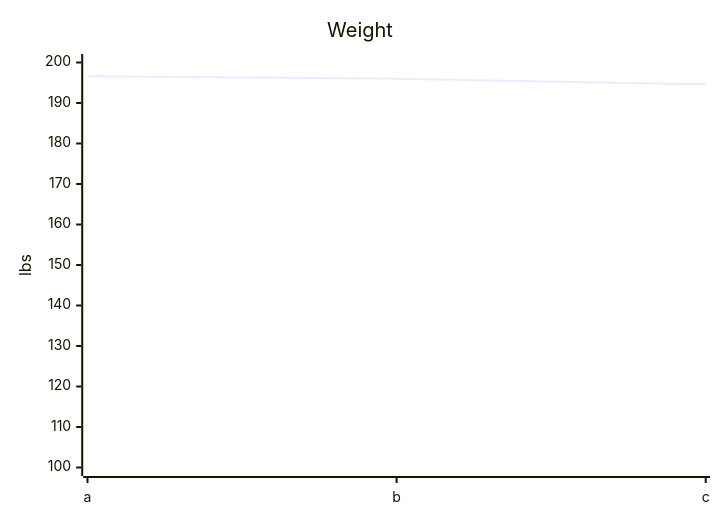
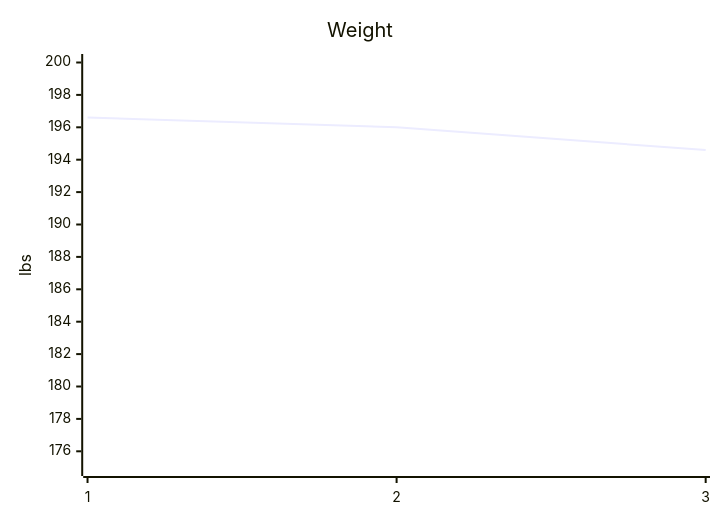
Before and after one commit to stevenelson35/stevenelson35.github.io: the diagram in all_collections/_personal/goals.md, drawn with Mermaid. The commit also changed other lines of this file, not shown here.

```diff
--- a/all_collections/_personal/goals.md
+++ b/all_collections/_personal/goals.md
@@ -15,7 +11,15 @@
 <pre class="mermaid" >
+---
+  config:
+    xyChart:
+      tickWidth: 10
+      tickLength: 10
+    themeVariables:
+      titleColor: "#00ff00" 
+---
   xychart-beta
     title "Weight" 
-    x-axis [a, b, c] 
-    y-axis "lbs" 100 --> 200
+    x-axis [1, 2, 3] 
+    y-axis "lbs" 175 --> 200
     line [196.6, 196.0, 194.6]
 </pre>
```
